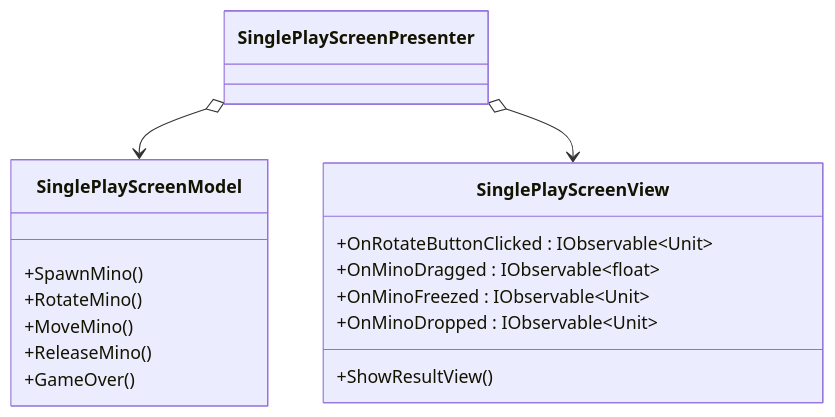
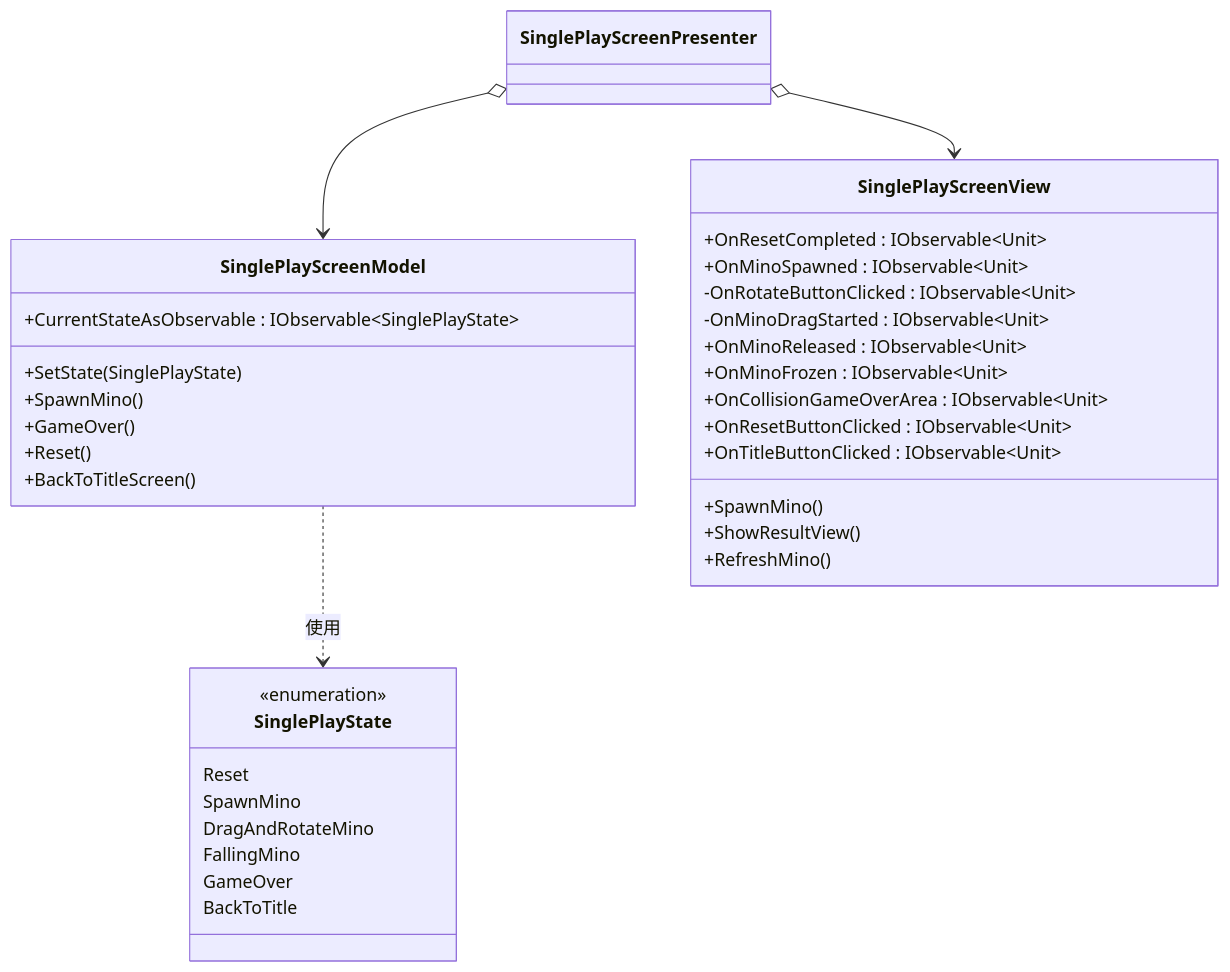
Before and after one commit to kamiy2743/MinoTower_v2: the diagram in Assets/Documents/SinglePlayScreen.md, drawn with Mermaid. The commit also changed 14 other files, not shown here.

````diff
--- a/Assets/Documents/SinglePlayScreen.md
+++ b/Assets/Documents/SinglePlayScreen.md
@@ -1,26 +1,46 @@
 ```mermaid
 classDiagram
+    class SinglePlayState {
+        Reset
+        SpawnMino
+        DragAndRotateMino
+        FallingMino
+        GameOver
+        BackToTitle
+    }
+    <<enumeration>>SinglePlayState
+
     class SinglePlayScreenModel {
+        +CurrentStateAsObservable : IObservable~SinglePlayState~
+        +SetState(SinglePlayState)
         +SpawnMino()
-        +RotateMino()
-        +MoveMino()
-        +ReleaseMino()
         +GameOver()
+        +Reset()
+        +BackToTitleScreen()
     }
 
     class SinglePlayScreenPresenter {
 
     }
 
     class SinglePlayScreenView {
-        +OnRotateButtonClicked : IObservable~Unit~
-        +OnMinoDragged : IObservable~float~
-        +OnMinoFreezed : IObservable~Unit~
-        +OnMinoDropped : IObservable~Unit~
+        +OnResetCompleted : IObservable~Unit~
+        +OnMinoSpawned : IObservable~Unit~
+        -OnRotateButtonClicked : IObservable~Unit~
+        -OnMinoDragStarted : IObservable~Unit~
+        +OnMinoReleased : IObservable~Unit~
+        +OnMinoFrozen : IObservable~Unit~
+        +OnCollisionGameOverArea : IObservable~Unit~
+        +OnResetButtonClicked : IObservable~Unit~
+        +OnTitleButtonClicked : IObservable~Unit~
 
+        +SpawnMino()
         +ShowResultView()
+        +RefreshMino()
     }
 
     SinglePlayScreenPresenter o--> SinglePlayScreenModel
     SinglePlayScreenPresenter o--> SinglePlayScreenView
+    
+    SinglePlayScreenModel ..> SinglePlayState : 使用
 ```
````
